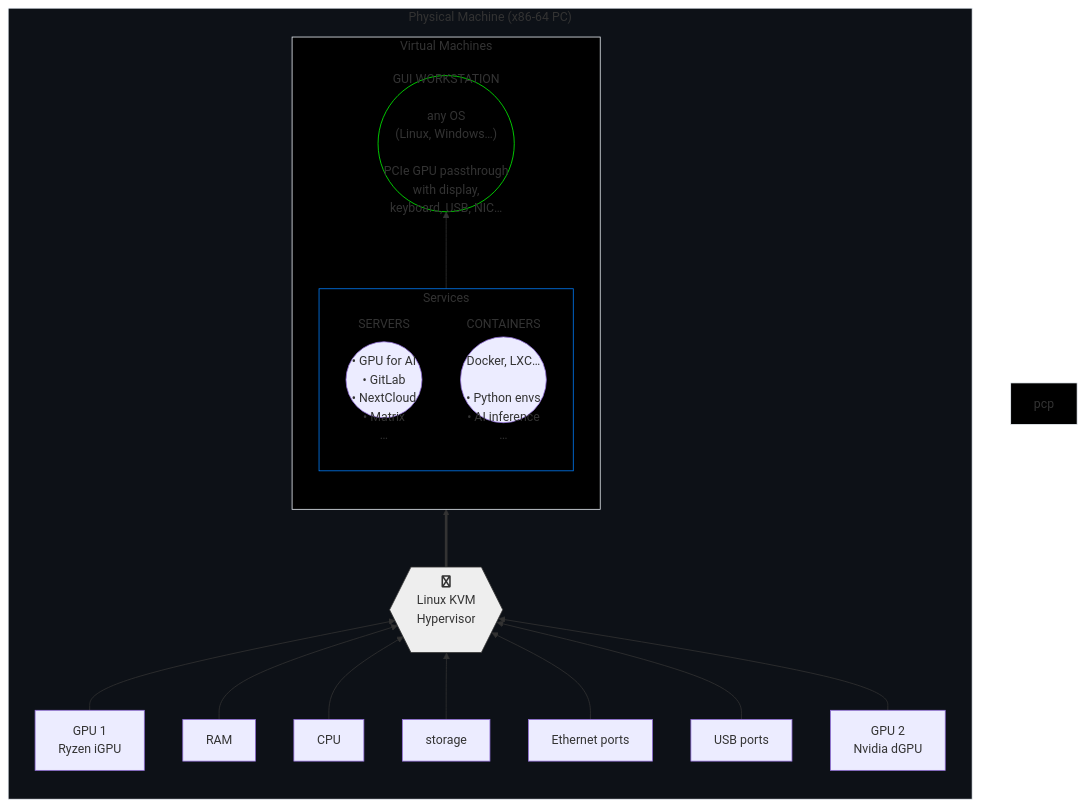
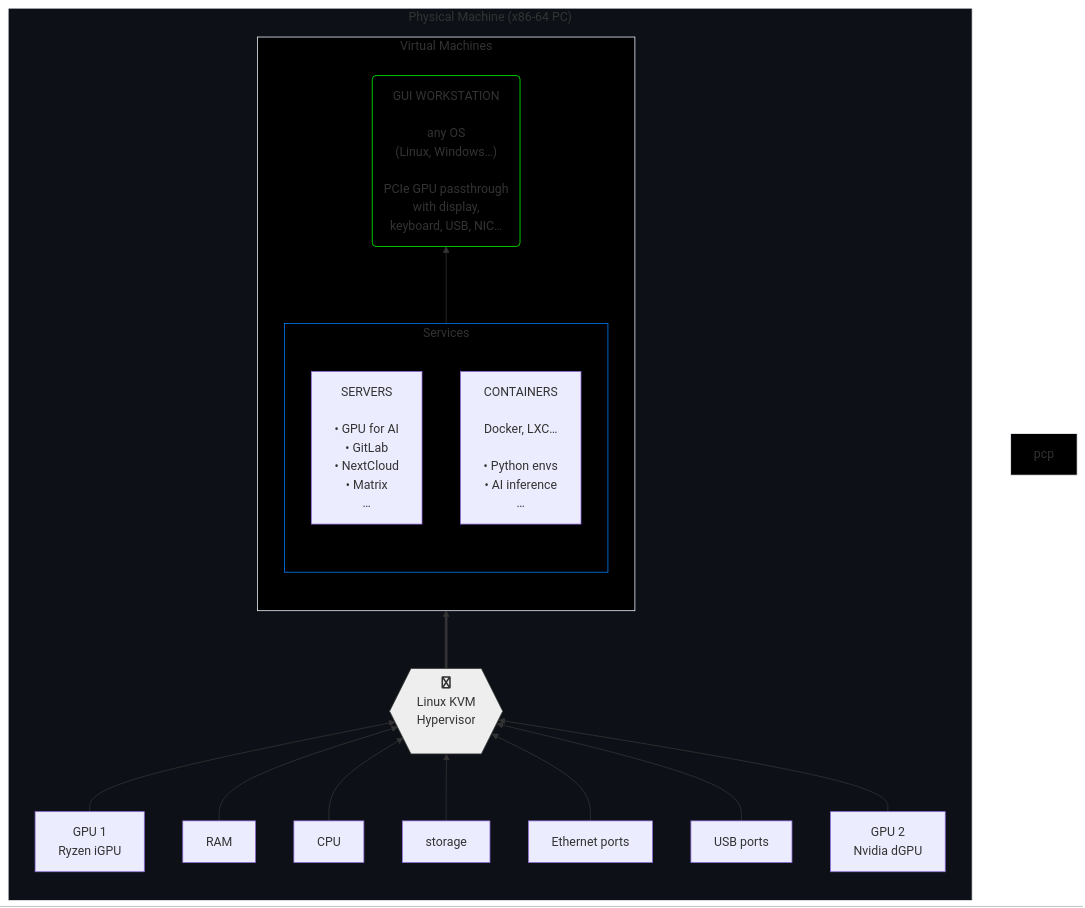
Before and after one commit to agenkit/GHost: the first of 2 diagrams in README.md, drawn with Mermaid.

````diff
--- a/README.md
+++ b/README.md
@@ -21,47 +21,47 @@
 ```mermaid
 graph BT
 
    subgraph p["Physical Machine (x86-64 PC)"]
       direction BT
 
       pgpu1["GPU 1<br>Ryzen iGPU"] --> host
       pmem["RAM<br>"] --> host
       pcpu["CPU<br>"] --> host
       pstor["storage<br>"] --> host
       pnet["Ethernet ports"] --> host
       pusb["USB ports"] --> host
       pgpu2["GPU 2<br>Nvidia dGPU"] --> host
       host{{fa:fa-linux<br>Linux KVM<br>Hypervisor<br><br>}}
 
       host ==> v
 
       subgraph v["Virtual Machines"]
          direction BT
 
-         g(("GUI WORKSTATION<br><br>any OS<br>(Linux, Windows…)<br><br>PCIe GPU passthrough<br>with display,<br>keyboard, USB, NIC…"))
+         g("GUI WORKSTATION<br><br>any OS<br>(Linux, Windows…)<br><br>PCIe GPU passthrough<br>with display,<br>keyboard, USB, NIC…")
 
          subgraph s["Services"]
             direction BT
-            vsrv(("SERVERS<br><br>• GPU for AI<br>• GitLab<br>• NextCloud<br>• Matrix<br>…"))
-            cont(("CONTAINERS<br><br>Docker, LXC…<br><br>• Python envs<br>• AI    inference<br>…"))
+            vsrv["SERVERS<br><br>• GPU for AI<br>• GitLab<br>• NextCloud<br>• Matrix<br>…"]
+            cont["CONTAINERS<br><br>Docker, LXC…<br><br>• Python envs<br>• AI inference<br>…"]
          end
 
          s --> g
 
       end
    end
 
 p:::trans
 v:::wht
 host:::lit
 pcp:::wht
 s:::blu
 g:::grn
 
 classDef trans fill:#0d1117,stroke:#f0f6fc
 classDef wht fill:#000,stroke:#f0f6fc
 classDef red fill:#000,stroke:#f00
 classDef blu fill:#000,stroke:#007FFF
 classDef lit fill:#eee,stroke:#333,color:#333
 classDef grn fill:#000,stroke:#0f0
 ```
````
